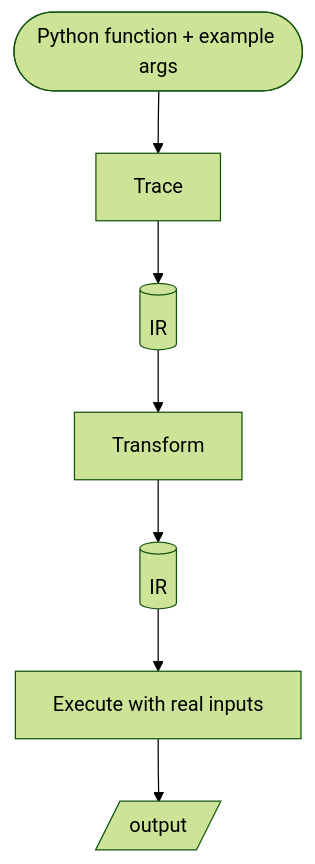
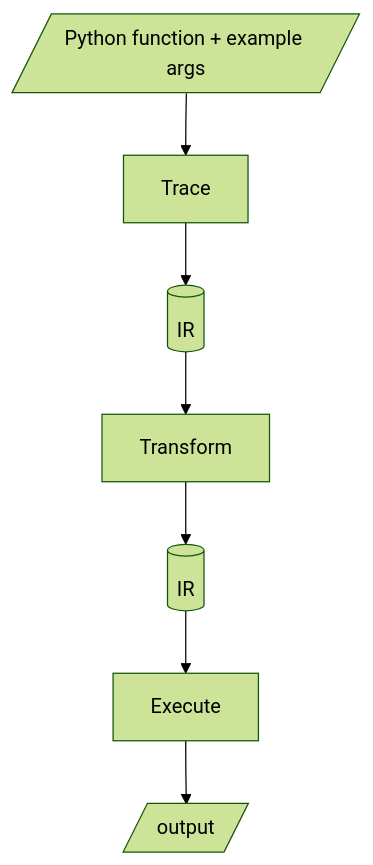
Before and after one commit to ASEM000/autoform: the first of 2 diagrams in docs/concepts/trace-ir-execute.md, drawn with Mermaid (forest theme). The commit also changed other lines of this file and 3 other files, not shown here.

Commit message:
docs: edit mermaid style

````diff
--- a/docs/concepts/trace-ir-execute.md
+++ b/docs/concepts/trace-ir-execute.md
@@ -7,9 +7,9 @@
 ```{mermaid}
 flowchart TD
-    F([Python function + example args]) --> T["Trace"]
+    F[/Python function + example args/] --> T["Trace"]
     T --> IR1[(IR)]
     IR1 --> X["Transform"]
     X --> IR2[(IR)]
-    IR2 --> E["Execute with real inputs"]
+    IR2 --> E["Execute"]
     E --> O[/output/]
 ```
````
